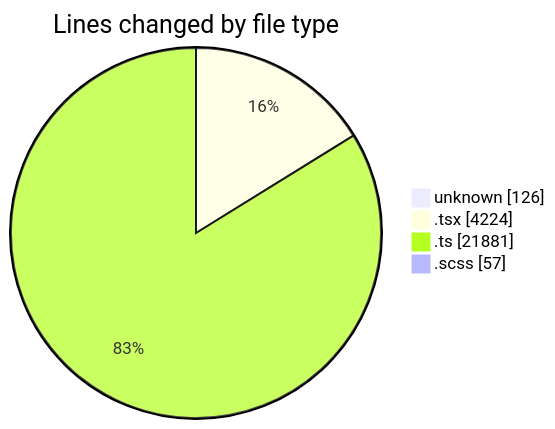
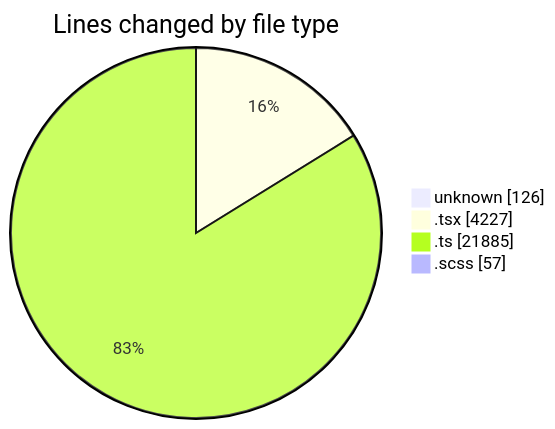
Before and after one commit to momahboobian/code-tracking: the first of 2 diagrams in 2026-09-23/cda/README.md, drawn with Mermaid. The commit also changed other lines of this file and 1 other file, not shown here.

````diff
--- a/2026-09-23/cda/README.md
+++ b/2026-09-23/cda/README.md
@@ -46,8 +46,8 @@
 ```mermaid
 pie showData
 title Lines changed by file type
 "unknown" : 126
-".tsx" : 4224
-".ts" : 21881
+".tsx" : 4227
+".ts" : 21885
 ".scss" : 57
 ```
````
